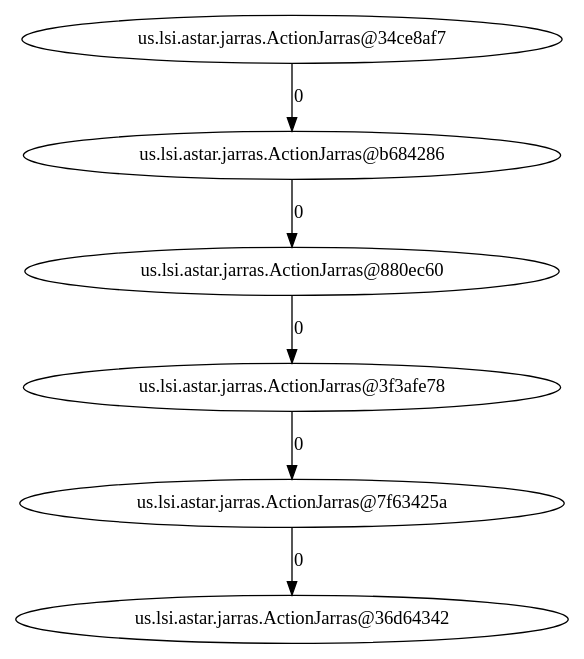
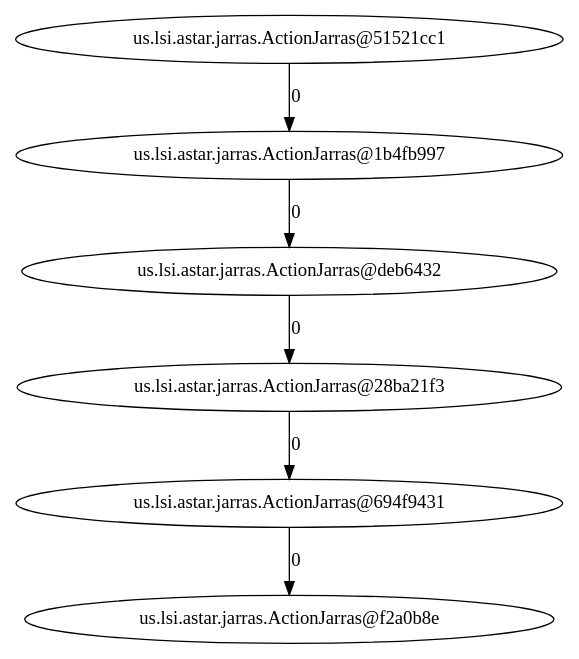
One commit to migueltoro/ada_v2_18 changed the diagram in java/EjemplosResueltosConVariasTecnicas/ficheros/jarras.gv. Above: the diagram before and after it, drawn with Graphviz. The commit also changed 54 other files, not shown here.

```diff
--- a/java/EjemplosResueltosConVariasTecnicas/ficheros/jarras.gv
+++ b/java/EjemplosResueltosConVariasTecnicas/ficheros/jarras.gv
@@ -1,14 +1,14 @@
 digraph Jarras {  
     size="100,100"; 
-    "0" [label="us.lsi.astar.jarras.ActionJarras@34ce8af7"];
-    "1" [label="us.lsi.astar.jarras.ActionJarras@b684286"];
-    "2" [label="us.lsi.astar.jarras.ActionJarras@880ec60"];
-    "3" [label="us.lsi.astar.jarras.ActionJarras@3f3afe78"];
-    "4" [label="us.lsi.astar.jarras.ActionJarras@7f63425a"];
-    "5" [label="us.lsi.astar.jarras.ActionJarras@36d64342"];
+    "0" [label="us.lsi.astar.jarras.ActionJarras@51521cc1"];
+    "1" [label="us.lsi.astar.jarras.ActionJarras@1b4fb997"];
+    "2" [label="us.lsi.astar.jarras.ActionJarras@deb6432"];
+    "3" [label="us.lsi.astar.jarras.ActionJarras@28ba21f3"];
+    "4" [label="us.lsi.astar.jarras.ActionJarras@694f9431"];
+    "5" [label="us.lsi.astar.jarras.ActionJarras@f2a0b8e"];
     "4" -> "5" [label="0"];
     "3" -> "4" [label="0"];
     "2" -> "3" [label="0"];
     "1" -> "2" [label="0"];
     "0" -> "1" [label="0"];
 }
```
